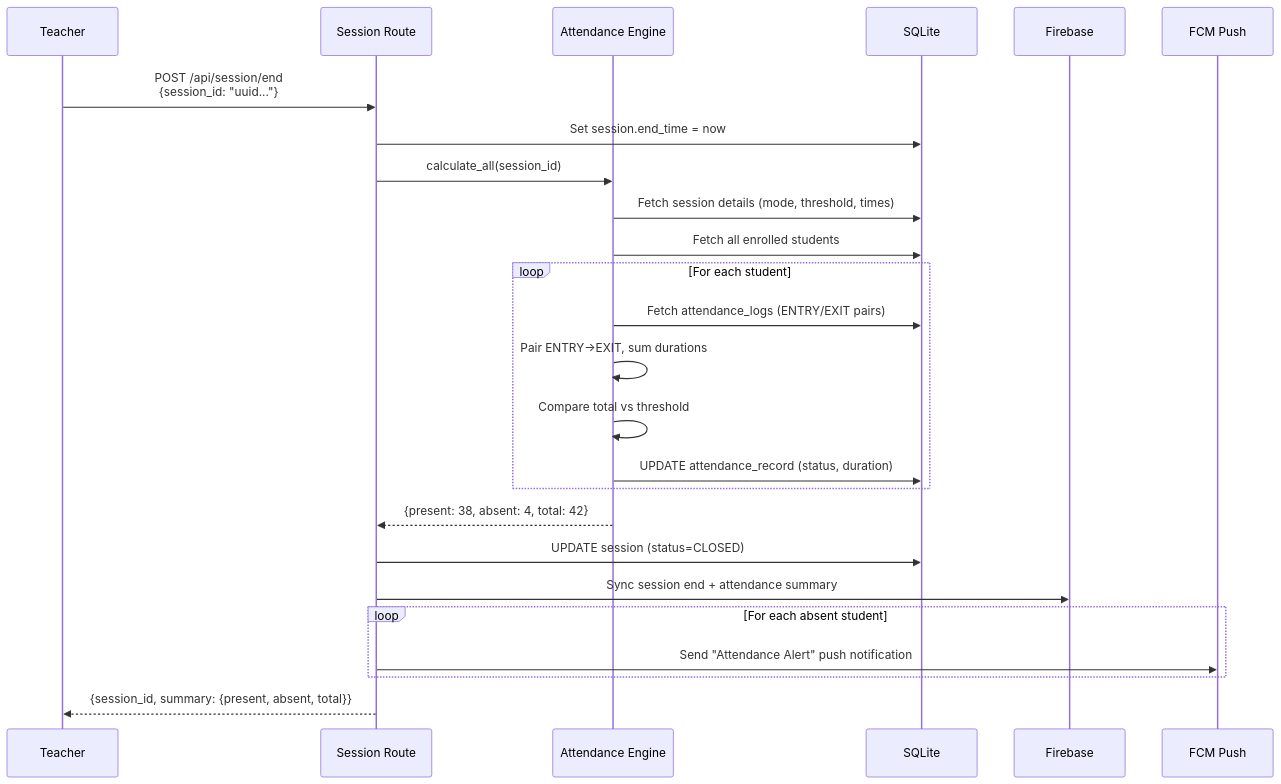
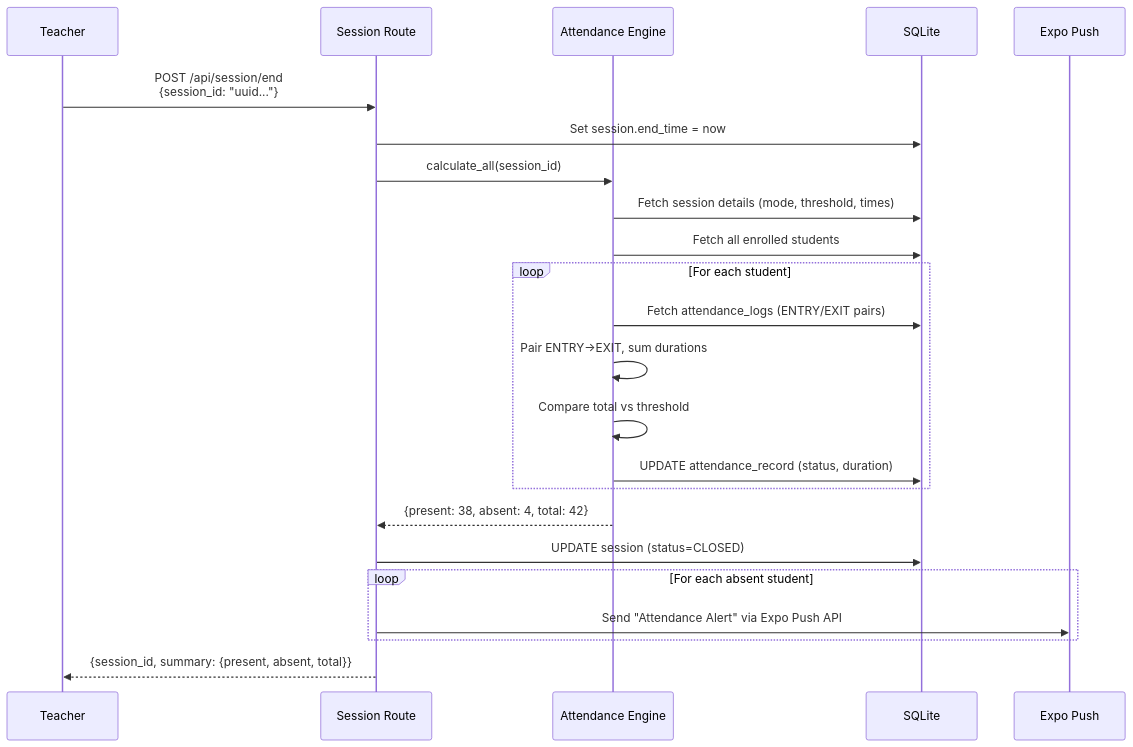
The seventh of 11 diagrams in Backend Sajak/backend/backend/PROJECT_FLOW.md (BishalLamichhane777/Project_Capstone), drawn with Mermaid before and after one commit. The commit also changed other lines of this file and 31 other files, not shown here.

````diff
--- a/Backend Sajak/backend/backend/PROJECT_FLOW.md
+++ b/Backend Sajak/backend/backend/PROJECT_FLOW.md
@@ -339,35 +329,33 @@
 ```mermaid
 sequenceDiagram
     participant T as Teacher
     participant API as Session Route
     participant Engine as Attendance Engine
     participant DB as SQLite
-    participant FB as Firebase
-    participant FCM as FCM Push
+    participant Push as Expo Push
 
     T->>API: POST /api/session/end<br/>{session_id: "uuid..."}
     
     API->>DB: Set session.end_time = now
     API->>Engine: calculate_all(session_id)
     
     Engine->>DB: Fetch session details (mode, threshold, times)
     Engine->>DB: Fetch all enrolled students
     
     loop For each student
         Engine->>DB: Fetch attendance_logs (ENTRY/EXIT pairs)
         Engine->>Engine: Pair ENTRY→EXIT, sum durations
         Engine->>Engine: Compare total vs threshold
         Engine->>DB: UPDATE attendance_record (status, duration)
     end
     
     Engine-->>API: {present: 38, absent: 4, total: 42}
     
     API->>DB: UPDATE session (status=CLOSED)
-    API->>FB: Sync session end + attendance summary
     
     loop For each absent student
-        API->>FCM: Send "Attendance Alert" push notification
+        API->>Push: Send "Attendance Alert" via Expo Push API
     end
     
     API-->>T: {session_id, summary: {present, absent, total}}
 ```
````
